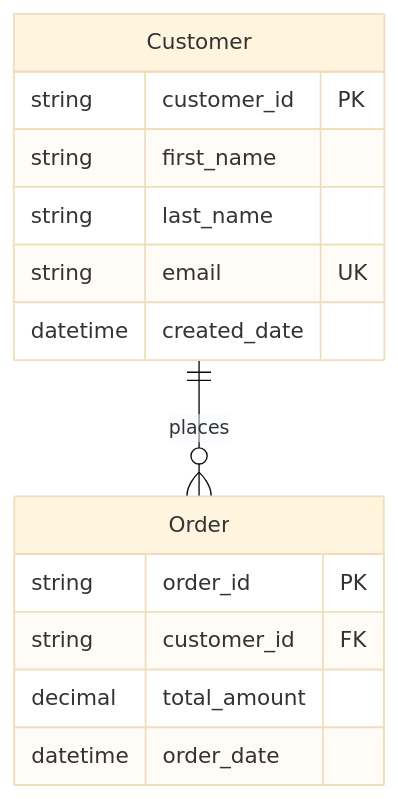
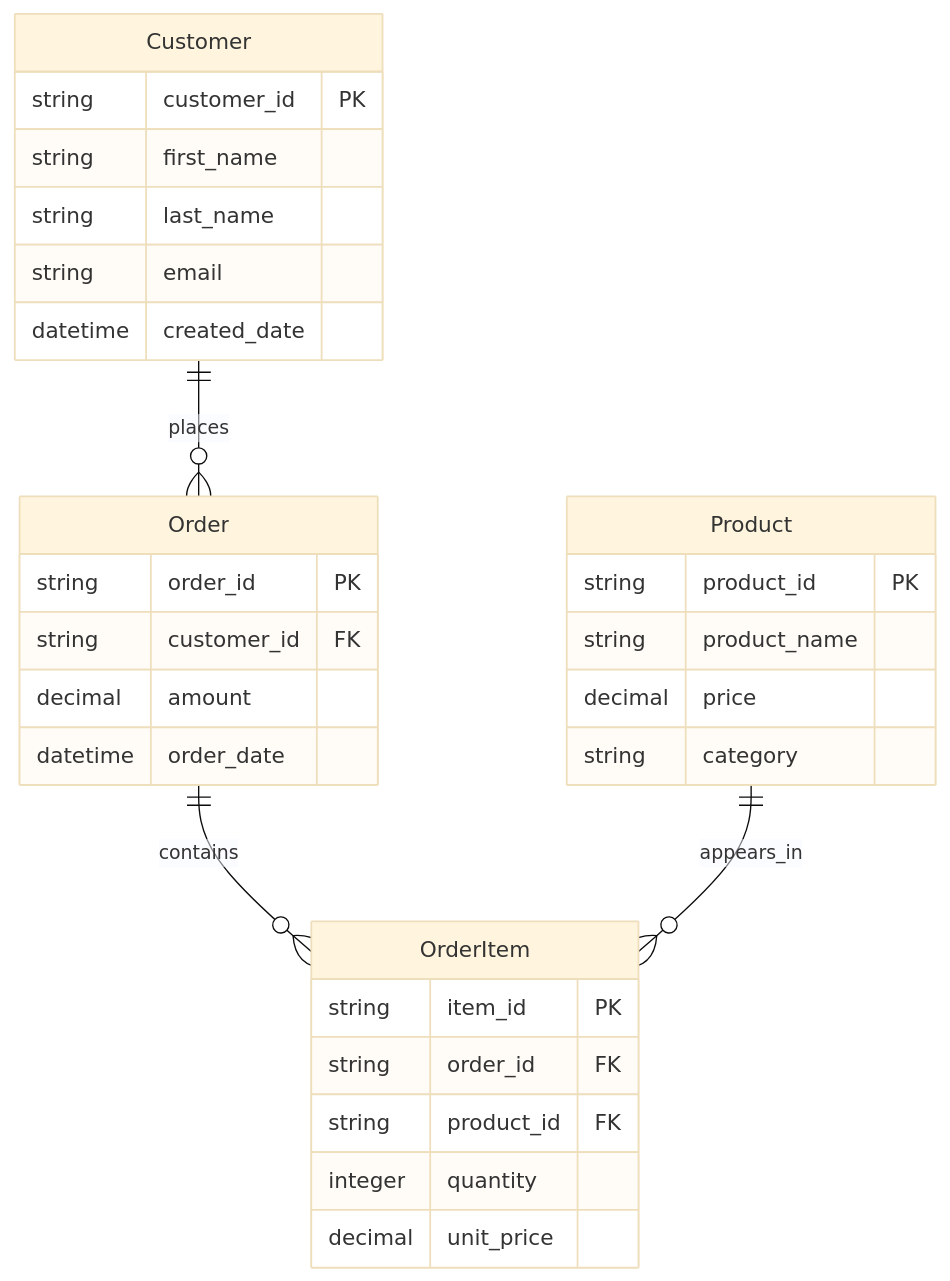
Before and after one commit to LuiseFreese/mermaid: the first of 3 diagrams in README.md, drawn with Mermaid (base theme). The commit also changed other lines of this file and 37 other files, not shown here.

````diff
--- a/README.md
+++ b/README.md
@@ -61,19 +129,36 @@
 ```mermaid
 erDiagram
     Customer {
         string customer_id PK
         string first_name
         string last_name
-        string email UK
+        string email
         datetime created_date
     }
     
     Order {
         string order_id PK
         string customer_id FK
-        decimal total_amount
+        decimal amount
         datetime order_date
     }
     
-    Customer ||--o{ Order : places
+    Product {
+        string product_id PK
+        string product_name
+        decimal price
+        string category
+    }
+    
+    OrderItem {
+        string item_id PK  
+        string order_id FK
+        string product_id FK
+        integer quantity
+        decimal unit_price
+    }
+    
+    Customer ||--o{ Order : "places"
+    Order ||--o{ OrderItem : "contains"
+    Product ||--o{ OrderItem : "appears_in"
 ```
````
